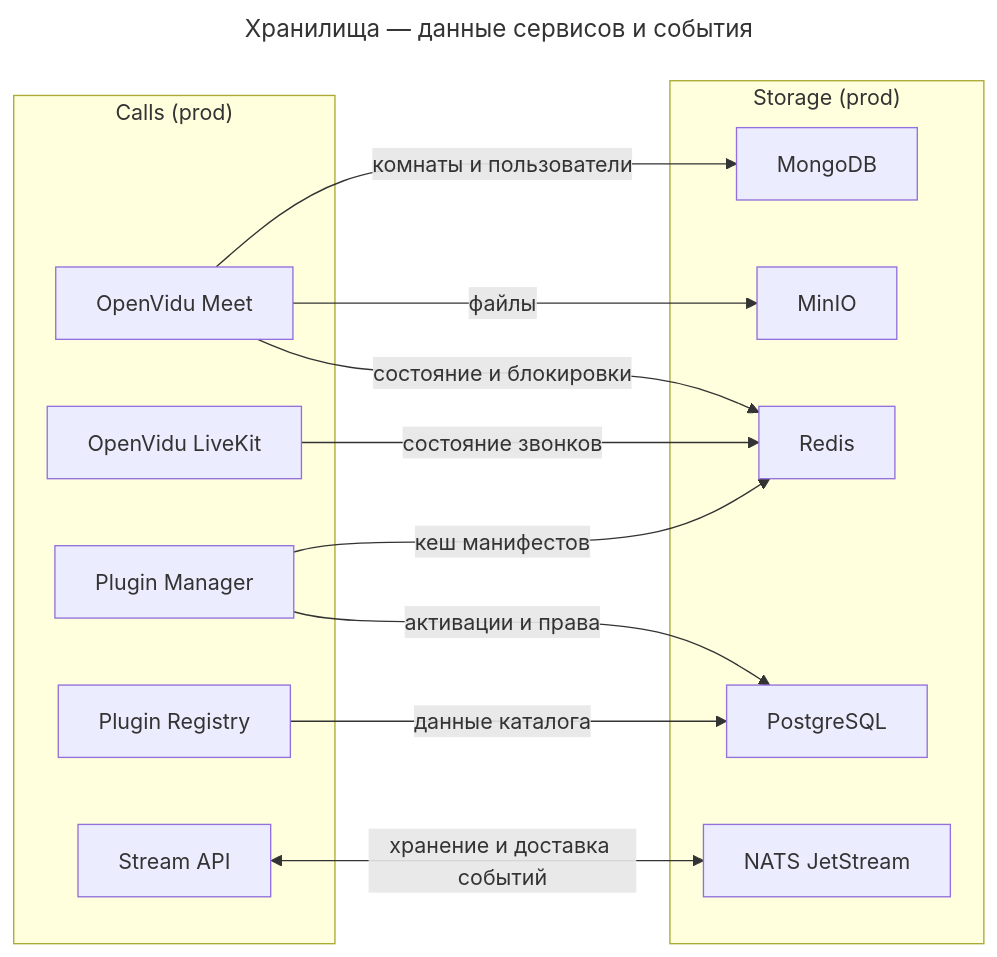
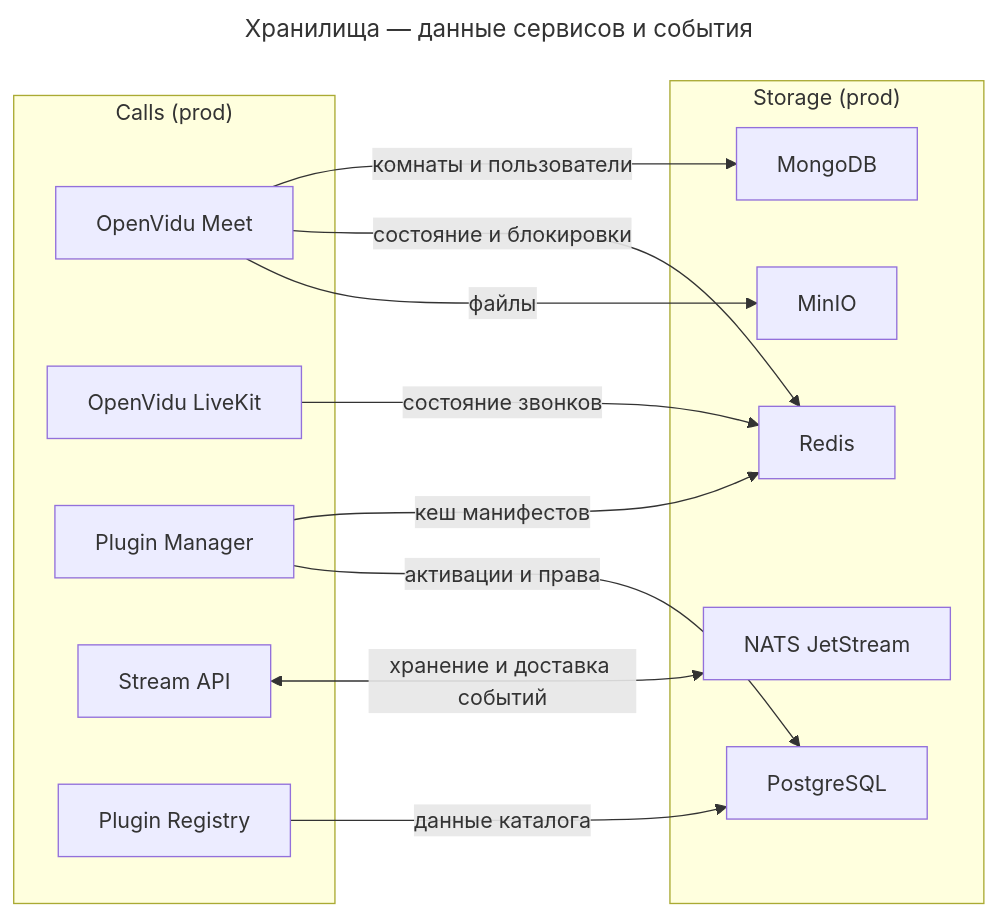
Before and after one commit to dwspurpleteam/deployer: the third of 3 diagrams in README.md, drawn with Mermaid. The commit also changed other lines of this file, not shown here.

Commit message:
Combine architecture diagrams

````diff
--- a/README.md
+++ b/README.md
@@ -72,28 +55,30 @@
 ```mermaid
 ---
 title: Хранилища — данные сервисов и события
 ---
 flowchart LR
   subgraph calls_storage["Calls (prod)"]
     meet[OpenVidu Meet]
     openvidu[OpenVidu LiveKit]
     manager[Plugin Manager]
+    streamapi[Stream API]
     registry[Plugin Registry]
-    streamapi[Stream API]
   end
+
   subgraph storage["Storage (prod)"]
     mongodb[MongoDB]
+    redis[Redis]
     minio[MinIO]
-    redis[Redis]
+    nats["NATS JetStream"]
     postgres[PostgreSQL]
-    nats["NATS JetStream"]
   end
+
   meet -->|комнаты и пользователи| mongodb
+  meet -->|состояние и блокировки| redis
   meet -->|файлы| minio
-  meet -->|состояние и блокировки| redis
   openvidu -->|состояние звонков| redis
   manager -->|кеш манифестов| redis
+  streamapi <-->|хранение и доставка событий| nats
+  registry -->|данные каталога| postgres
   manager -->|активации и права| postgres
-  registry -->|данные каталога| postgres
-  streamapi <-->|хранение и доставка событий| nats
 ```
````
